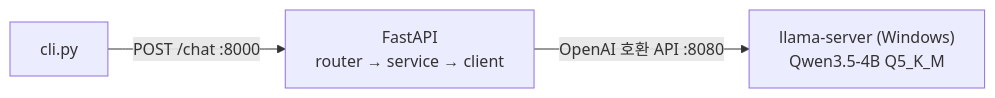
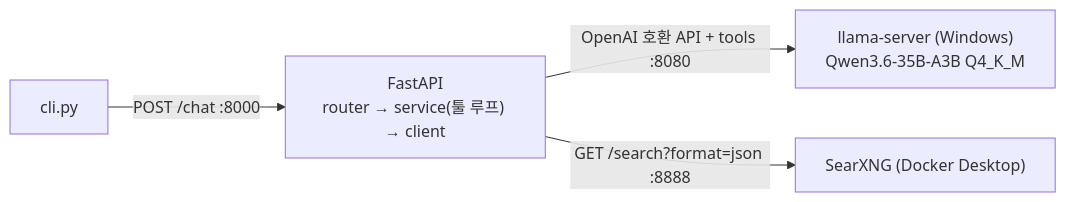
Before and after one commit to RyanKim0830/Tinker: the diagram in README.md, drawn with Mermaid. The commit also changed other lines of this file and 4 other files, not shown here.

First line of the commit message:
docs: update architecture, readme, open items and worklog

````diff
--- a/README.md
+++ b/README.md
@@ -6,5 +6,6 @@
 ```mermaid
 flowchart LR
-    cli["cli.py"] -- "POST /chat :8000" --> api["FastAPI<br/>router → service → client"]
-    api -- "OpenAI 호환 API :8080" --> llama["llama-server (Windows)<br/>Qwen3.5-4B Q5_K_M"]
+    cli["cli.py"] -- "POST /chat :8000" --> api["FastAPI<br/>router → service(툴 루프) → client"]
+    api -- "OpenAI 호환 API + tools :8080" --> llama["llama-server (Windows)<br/>Qwen3.6-35B-A3B Q4_K_M"]
+    api -- "GET /search?format=json :8888" --> searx["SearXNG (Docker Desktop)"]
 ```
````
